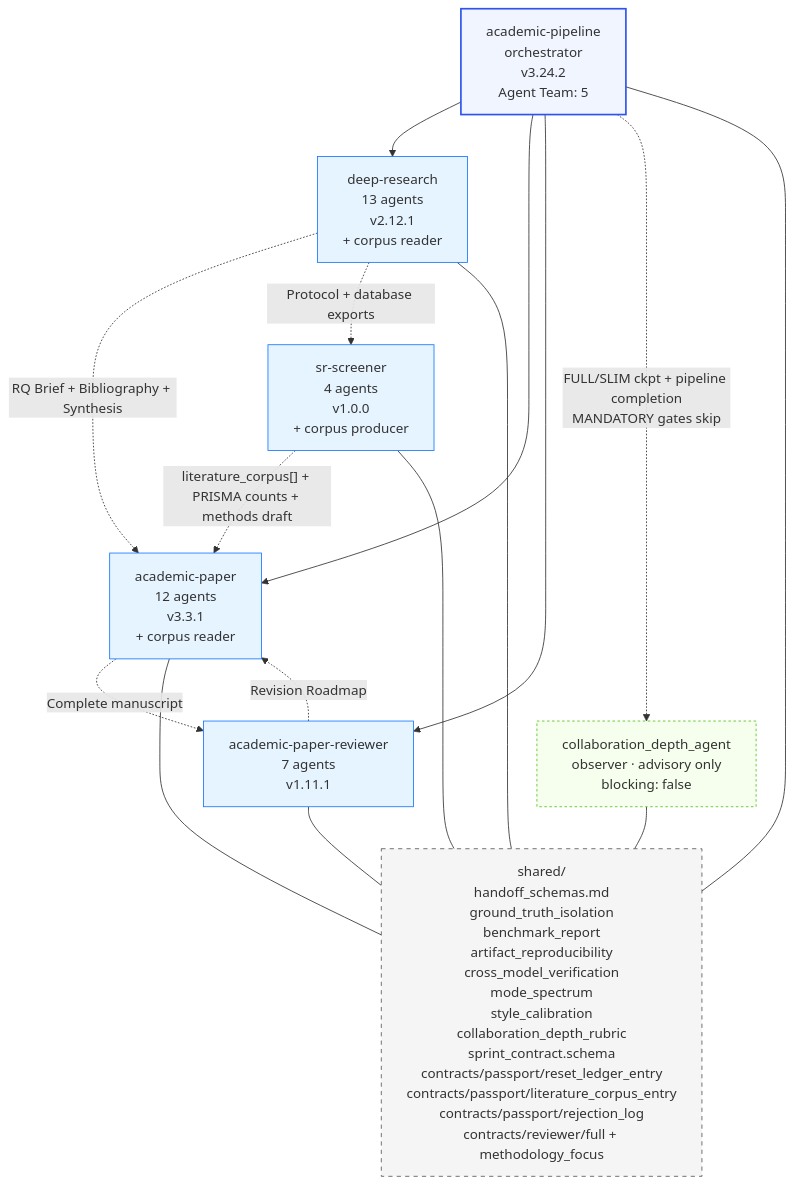
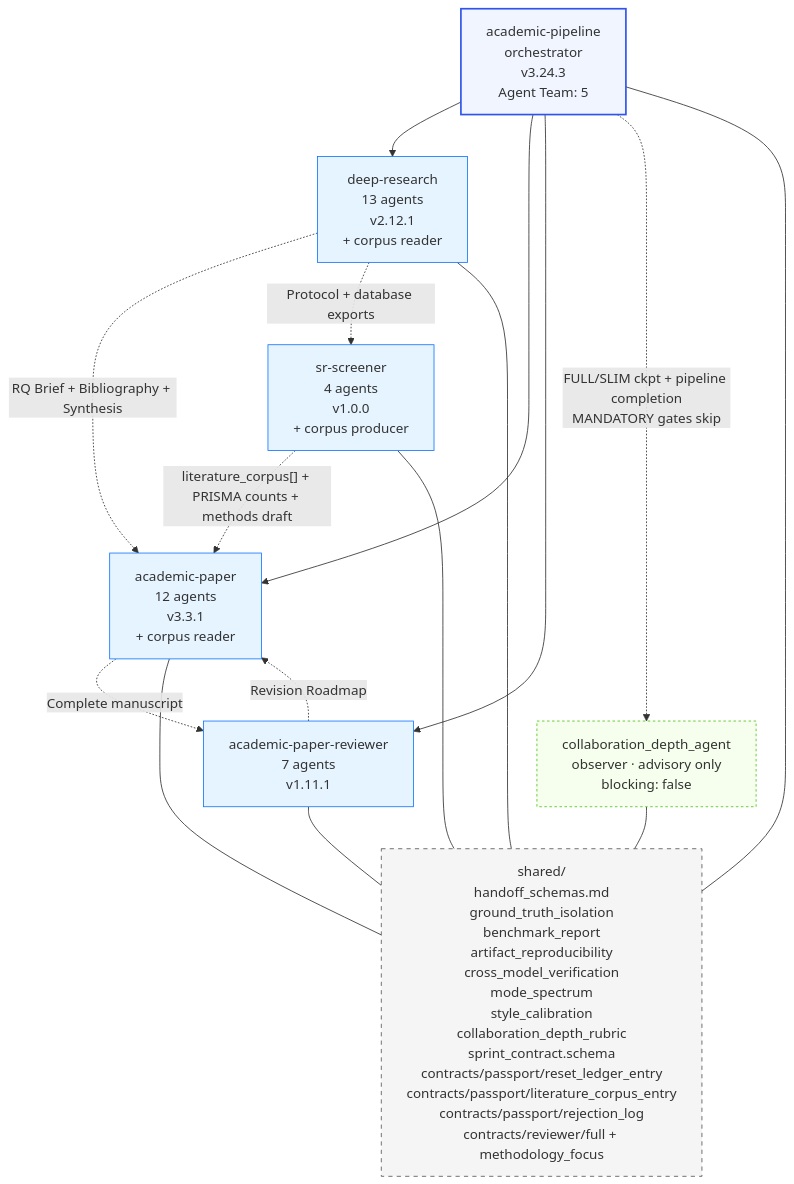
Before and after one commit to Imbad0202/academic-research-skills: the fourth of 5 diagrams in docs/ARCHITECTURE.md, drawn with Mermaid. The commit also changed other lines of this file and 17 other files, not shown here.

````diff
--- a/docs/ARCHITECTURE.md
+++ b/docs/ARCHITECTURE.md
@@ -220,35 +220,35 @@
 ```mermaid
 graph TD
-    Pipeline[academic-pipeline<br/>orchestrator<br/>v3.24.2<br/>Agent Team: 5]
+    Pipeline[academic-pipeline<br/>orchestrator<br/>v3.24.3<br/>Agent Team: 5]
     Observer[collaboration_depth_agent<br/>observer · advisory only<br/>blocking: false]
     DR[deep-research<br/>13 agents<br/>v2.12.1<br/>+ corpus reader]
     AP[academic-paper<br/>12 agents<br/>v3.3.1<br/>+ corpus reader]
     APR[academic-paper-reviewer<br/>7 agents<br/>v1.11.1]
     SRS[sr-screener<br/>4 agents<br/>v1.0.0<br/>+ corpus producer]
     Shared[shared/<br/>handoff_schemas.md<br/>ground_truth_isolation<br/>benchmark_report<br/>artifact_reproducibility<br/>cross_model_verification<br/>mode_spectrum<br/>style_calibration<br/>collaboration_depth_rubric<br/>sprint_contract.schema<br/>contracts/passport/reset_ledger_entry<br/>contracts/passport/literature_corpus_entry<br/>contracts/passport/rejection_log<br/>contracts/reviewer/full + methodology_focus]
 
     Pipeline --> DR
     Pipeline --> AP
     Pipeline --> APR
     Pipeline -. "FULL/SLIM ckpt + pipeline completion<br/>MANDATORY gates skip" .-> Observer
     DR -. "RQ Brief + Bibliography + Synthesis" .-> AP
     AP -. "Complete manuscript" .-> APR
     APR -. "Revision Roadmap" .-> AP
     DR -. "Protocol + database exports" .-> SRS
     SRS -. "literature_corpus[] + PRISMA counts + methods draft" .-> AP
     DR --- Shared
     AP --- Shared
     APR --- Shared
     Pipeline --- Shared
     Observer --- Shared
     SRS --- Shared
 
     classDef orch fill:#f0f5ff,stroke:#2f54eb,stroke-width:2px
     classDef skill fill:#e6f4ff,stroke:#1677ff
     classDef shared fill:#f5f5f5,stroke:#595959,stroke-dasharray:5 5
     classDef observer fill:#f6ffed,stroke:#52c41a,stroke-dasharray:3 3
     class Pipeline orch
     class DR,AP,APR,SRS skill
     class Shared shared
     class Observer observer
 ```
````
